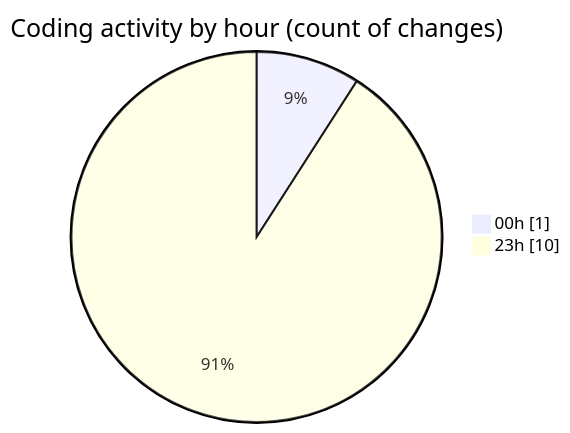
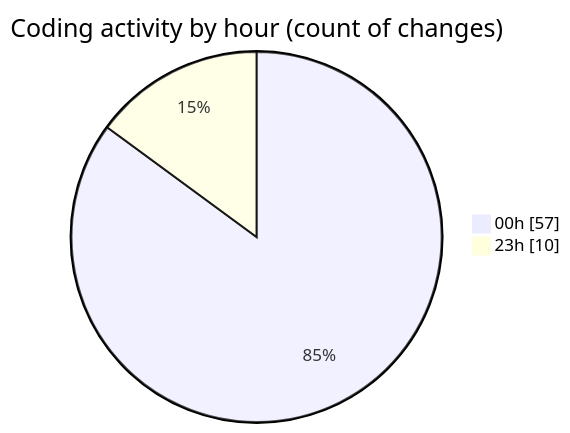
The second of 2 diagrams in 2025-07-18/mern-workoutboard/README.md (Ritupan-Deka/code-tracking), drawn with Mermaid before and after one commit. The commit also changed other lines of this file and 1 other file, not shown here.

````diff
--- a/2025-07-18/mern-workoutboard/README.md
+++ b/2025-07-18/mern-workoutboard/README.md
@@ -29,6 +30,6 @@
 ```mermaid
 pie showData
 title Coding activity by hour (count of changes)
-"00h" : 1
+"00h" : 57
 "23h" : 10
 ```
````
